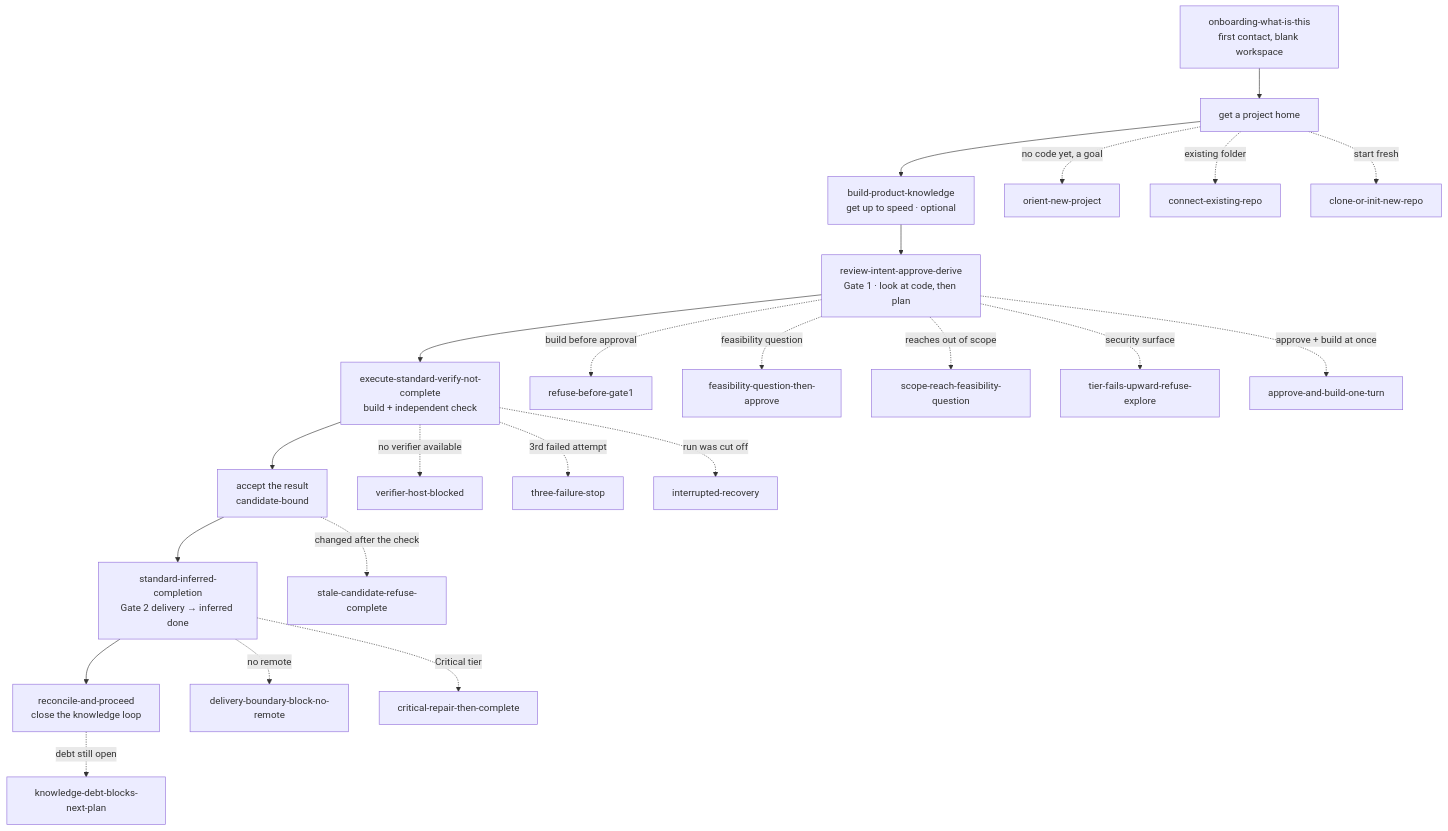
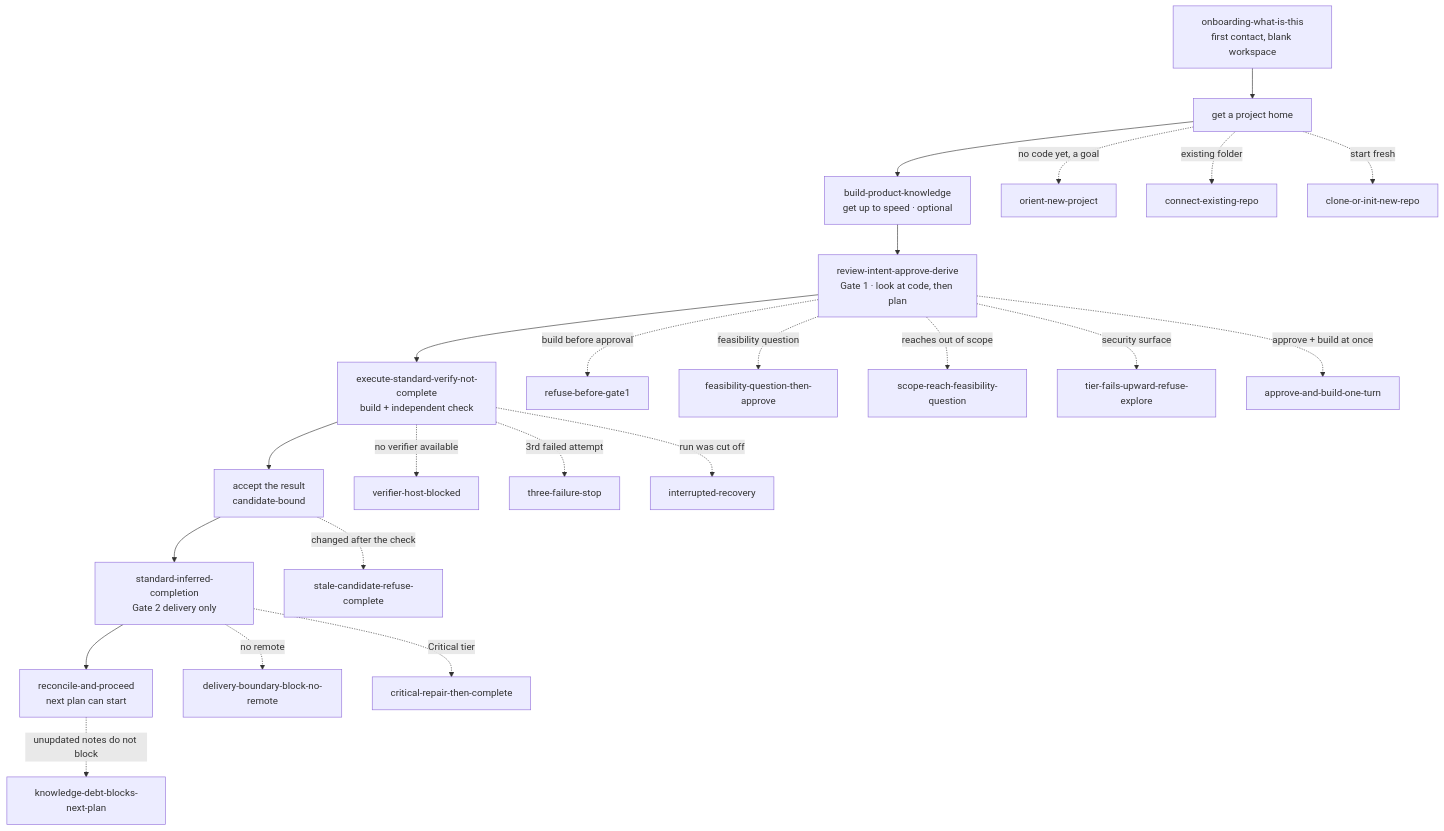
One commit to kaotypr/context-circuit-source changed the diagram in agent-harness/conversations/FLOW.md. Above: the diagram before and after it, drawn with Mermaid. The commit also changed other lines of this file and 68 other files, not shown here.

First line of the commit message:
feat(knowledge): update Product Knowledge in place on explicit mark-done

````diff
--- a/agent-harness/conversations/FLOW.md
+++ b/agent-harness/conversations/FLOW.md
@@ -16,30 +16,30 @@
 ```mermaid
 flowchart TD
   A[onboarding-what-is-this<br/>first contact, blank workspace] --> B[get a project home]
   B --> C[build-product-knowledge<br/>get up to speed  · optional]
   C --> D[review-intent-approve-derive<br/>Gate 1 · look at code, then plan]
   D --> E[execute-standard-verify-not-complete<br/>build + independent check]
   E --> F[accept the result<br/>candidate-bound]
-  F --> G[standard-inferred-completion<br/>Gate 2 delivery → inferred done]
-  G --> H[reconcile-and-proceed<br/>close the knowledge loop]
+  F --> G[standard-inferred-completion<br/>Gate 2 delivery only]
+  G --> H[reconcile-and-proceed<br/>next plan can start]
 
   B -.->|no code yet, a goal| B1[orient-new-project]
   B -.->|existing folder| B2[connect-existing-repo]
   B -.->|start fresh| B3[clone-or-init-new-repo]
 
   D -.->|build before approval| R1[refuse-before-gate1]
   D -.->|feasibility question| R2[feasibility-question-then-approve]
   D -.->|reaches out of scope| R3[scope-reach-feasibility-question]
   D -.->|security surface| R4[tier-fails-upward-refuse-explore]
   D -.->|approve + build at once| R5[approve-and-build-one-turn]
 
   E -.->|no verifier available| X1[verifier-host-blocked]
   E -.->|3rd failed attempt| X2[three-failure-stop]
   E -.->|run was cut off| X3[interrupted-recovery]
 
   F -.->|changed after the check| Y1[stale-candidate-refuse-complete]
   G -.->|no remote| Y2[delivery-boundary-block-no-remote]
   G -.->|Critical tier| Y3[critical-repair-then-complete]
 
-  H -.->|debt still open| Z1[knowledge-debt-blocks-next-plan]
+  H -.->|unupdated notes do not block| Z1[knowledge-debt-blocks-next-plan]
 ```
````
